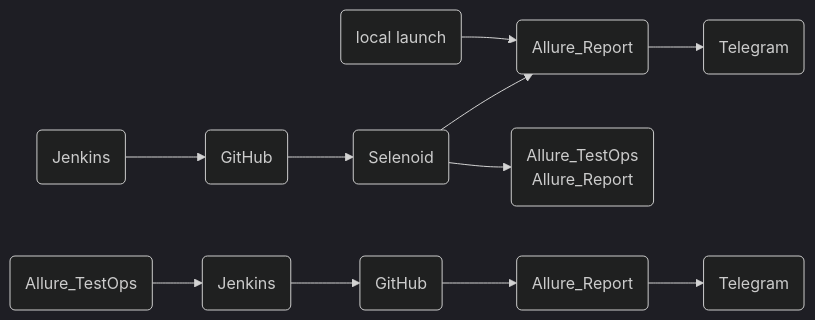
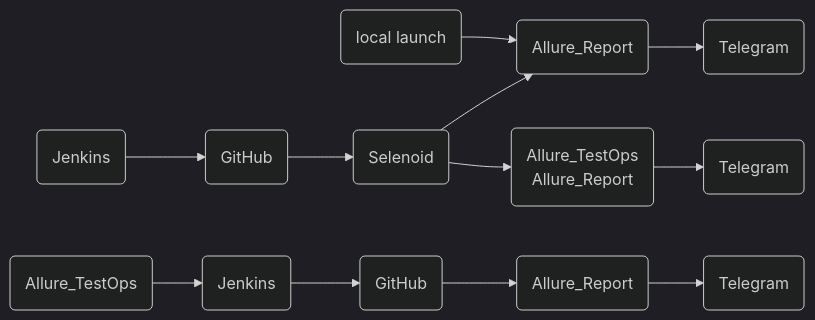
The diagram in README.md (maxkonushkin/FirstProject), drawn with Mermaid (dark theme) before and after one commit.

Commit message:
add mermaid

````diff
--- a/README.md
+++ b/README.md
@@ -60,8 +60,8 @@
 ``` mermaid
 flowchart LR;
 A(local launch)-->B(Allure_Report);
     C(Jenkins)-->D(GitHub)-->U(Selenoid)-->B(Allure_Report)-->E(Telegram);
     U(Selenoid)-->I(Allure_TestOps
-    Allure_Report);
+    Allure_Report)-->O(Telegram);
     Q(Allure_TestOps)-->W(Jenkins)-->R(GitHub)-->T(Allure_Report)-->Y(Telegram); 
 ```
````
